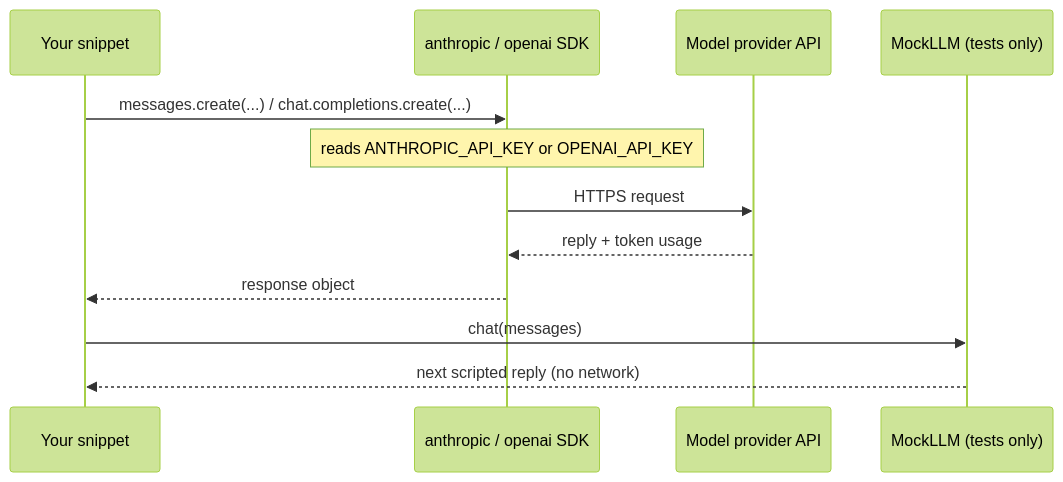
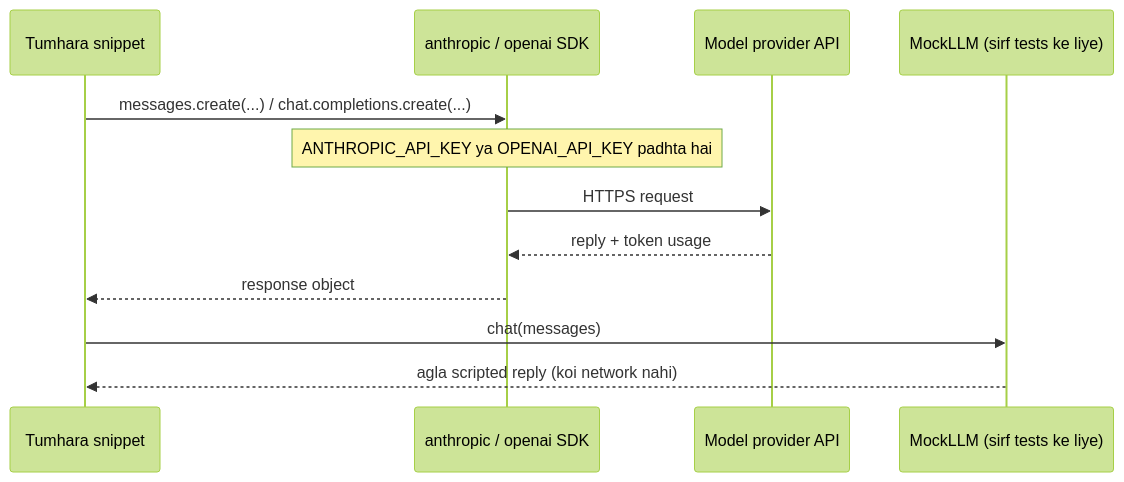
One commit to asmustechno/agentic-ai-notes changed the diagram in docs/00-start-here/00.3-setup.md. Above: the diagram before and after it, drawn with Mermaid (forest theme). The commit also changed other lines of this file and 135 other files, not shown here.

````diff
--- a/docs/00-start-here/00.3-setup.md
+++ b/docs/00-start-here/00.3-setup.md
@@ -36,14 +40,14 @@
 ```mermaid
 sequenceDiagram
-    participant Code as Your snippet
+    participant Code as Tumhara snippet
     participant SDK as anthropic / openai SDK
     participant API as Model provider API
-    participant Mock as MockLLM (tests only)
+    participant Mock as MockLLM (sirf tests ke liye)
     Code->>SDK: messages.create(...) / chat.completions.create(...)
-    Note over SDK: reads ANTHROPIC_API_KEY or OPENAI_API_KEY
+    Note over SDK: ANTHROPIC_API_KEY ya OPENAI_API_KEY padhta hai
     SDK->>API: HTTPS request
     API-->>SDK: reply + token usage
     SDK-->>Code: response object
     Code->>Mock: chat(messages)
-    Mock-->>Code: next scripted reply (no network)
+    Mock-->>Code: agla scripted reply (koi network nahi)
 ```
````
